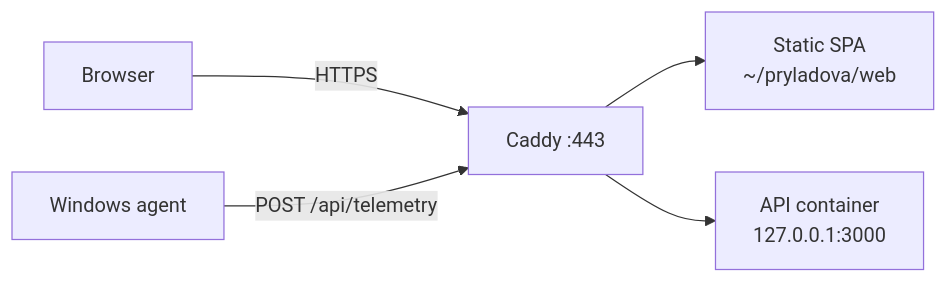
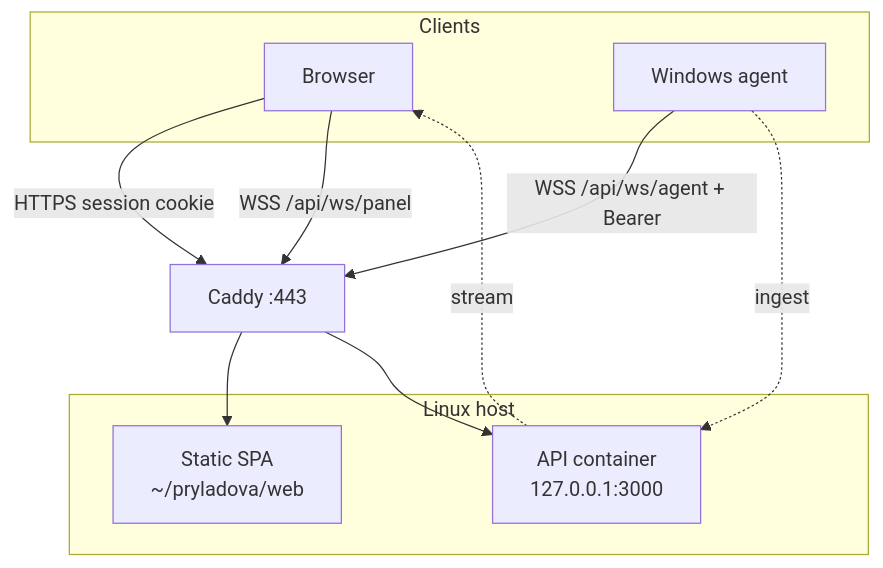
One commit to heIgee/pryladova changed the second of 2 diagrams in deploy/README.md. Above: the diagram before and after it, drawn with Mermaid. The commit also changed other lines of this file and 70 other files, not shown here.

````diff
--- a/deploy/README.md
+++ b/deploy/README.md
@@ -30,7 +30,24 @@
 ```mermaid
-flowchart LR
-  browser[Browser] -->|HTTPS| caddy[Caddy :443]
-  agent[Windows agent] -->|POST /api/telemetry| caddy
-  caddy --> spa[Static SPA<br/>~/pryladova/web]
-  caddy --> api[API container<br/>127.0.0.1:3000]
+flowchart TB
+  subgraph clients [Clients]
+    browser[Browser]
+    agent[Windows agent]
+  end
+
+  caddy[Caddy :443]
+
+  subgraph host [Linux host]
+    spa[Static SPA<br/>~/pryladova/web]
+    api[API container<br/>127.0.0.1:3000]
+  end
+
+  browser -->|HTTPS session cookie| caddy
+  browser -->|WSS /api/ws/panel| caddy
+  agent -->|WSS /api/ws/agent + Bearer| caddy
+
+  caddy --> spa
+  caddy --> api
+
+  agent -.->|ingest| api
+  api -.->|stream| browser
 ```
````
